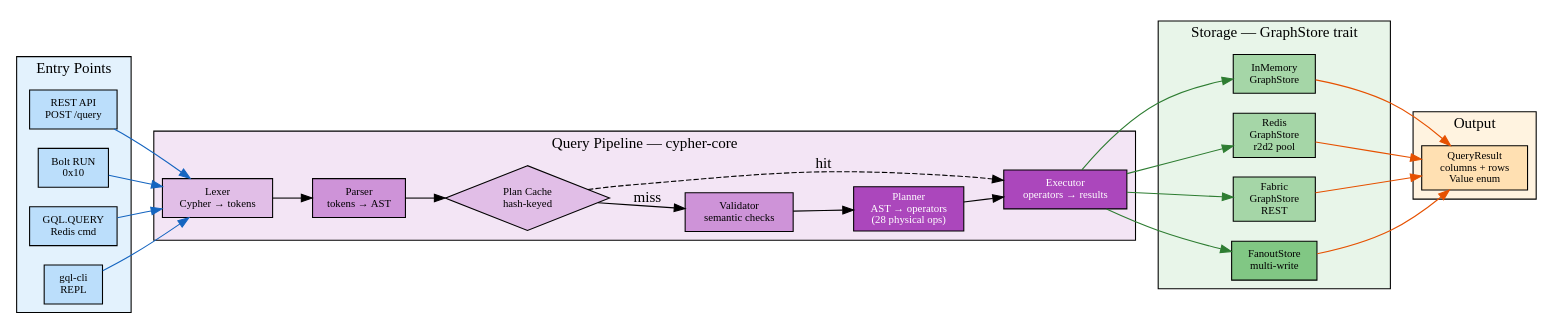
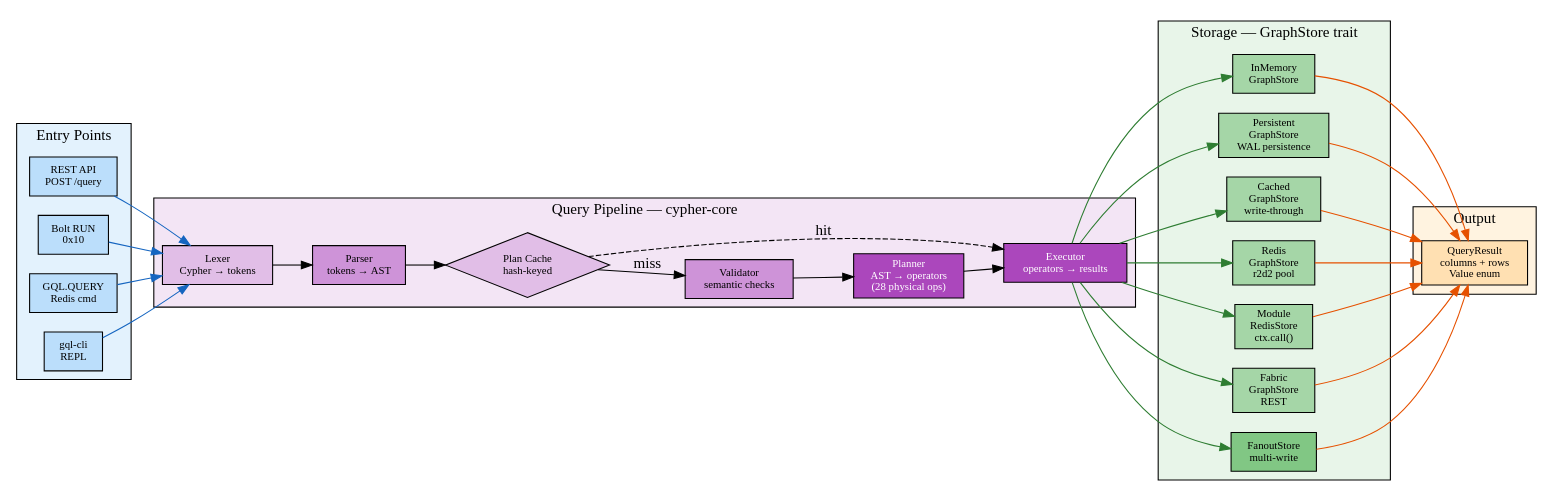
The diagram in docs/atlas/data-flow/dataflow.dot (rysweet/SedanDelivery), drawn with Graphviz before and after one commit. The commit also changed 17 other files, not shown here.

```diff
--- a/docs/atlas/data-flow/dataflow.dot
+++ b/docs/atlas/data-flow/dataflow.dot
@@ -1,68 +1,77 @@
 digraph data_flow {
     rankdir=LR
     node [shape=box style=filled fontsize=10]
     compound=true
 
     subgraph cluster_entry {
         label="Entry Points"
         style=filled fillcolor="#E3F2FD"
         rest [label="REST API\nPOST /query" fillcolor="#BBDEFB"]
         bolt [label="Bolt RUN\n0x10" fillcolor="#BBDEFB"]
         redis [label="GQL.QUERY\nRedis cmd" fillcolor="#BBDEFB"]
         cli [label="gql-cli\nREPL" fillcolor="#BBDEFB"]
     }
 
     subgraph cluster_pipeline {
         label="Query Pipeline — cypher-core"
         style=filled fillcolor="#F3E5F5"
 
         lexer [label="Lexer\nCypher → tokens" fillcolor="#E1BEE7"]
         parser [label="Parser\ntokens → AST" fillcolor="#CE93D8"]
         cache [label="Plan Cache\nhash-keyed" fillcolor="#E1BEE7" shape=diamond]
         validator [label="Validator\nsemantic checks" fillcolor="#CE93D8"]
         planner [label="Planner\nAST → operators\n(28 physical ops)" fillcolor="#AB47BC" fontcolor=white]
         executor [label="Executor\noperators → results" fillcolor="#AB47BC" fontcolor=white]
     }
 
     subgraph cluster_storage {
         label="Storage — GraphStore trait"
         style=filled fillcolor="#E8F5E9"
 
         mem [label="InMemory\nGraphStore" fillcolor="#A5D6A7"]
+        persistent [label="Persistent\nGraphStore\nWAL persistence" fillcolor="#A5D6A7"]
+        cached [label="Cached\nGraphStore\nwrite-through" fillcolor="#A5D6A7"]
         redis_store [label="Redis\nGraphStore\nr2d2 pool" fillcolor="#A5D6A7"]
+        module_store [label="Module\nRedisStore\nctx.call()" fillcolor="#A5D6A7"]
         fabric_store [label="Fabric\nGraphStore\nREST" fillcolor="#A5D6A7"]
         fanout [label="FanoutStore\nmulti-write" fillcolor="#81C784"]
     }
 
     subgraph cluster_output {
         label="Output"
         style=filled fillcolor="#FFF3E0"
         result [label="QueryResult\ncolumns + rows\nValue enum" fillcolor="#FFE0B2"]
     }
 
     // Entry to pipeline
     rest -> lexer [color="#1565C0"]
     bolt -> lexer [color="#1565C0"]
     redis -> lexer [color="#1565C0"]
     cli -> lexer [color="#1565C0"]
 
     // Pipeline flow
     lexer -> parser
     parser -> cache
     cache -> validator [label="miss"]
     cache -> executor [label="hit" style=dashed]
     validator -> planner
     planner -> executor
 
     // Executor to storage
     executor -> mem [color="#2E7D32"]
+    executor -> persistent [color="#2E7D32"]
+    executor -> cached [color="#2E7D32"]
     executor -> redis_store [color="#2E7D32"]
+    executor -> module_store [color="#2E7D32"]
     executor -> fabric_store [color="#2E7D32"]
     executor -> fanout [color="#2E7D32"]
 
     // Storage to output
     mem -> result [color="#E65100"]
+    persistent -> result [color="#E65100"]
+    cached -> result [color="#E65100"]
     redis_store -> result [color="#E65100"]
+    module_store -> result [color="#E65100"]
     fabric_store -> result [color="#E65100"]
     fanout -> result [color="#E65100"]
 }
```
